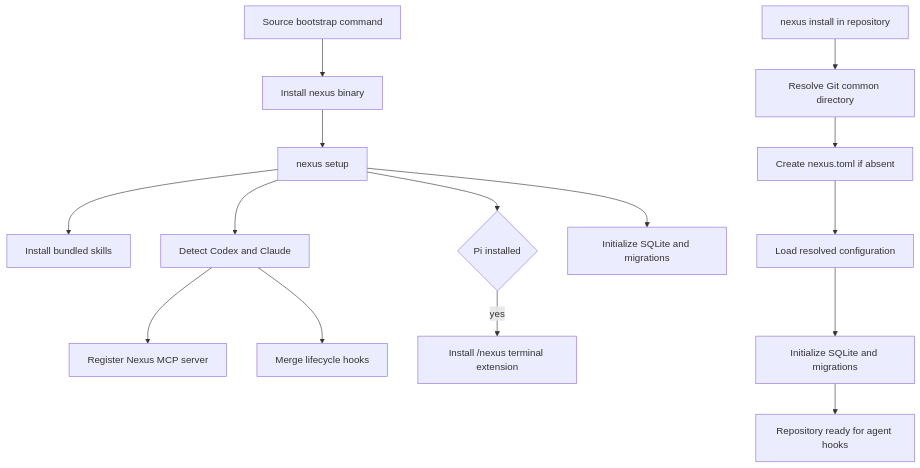
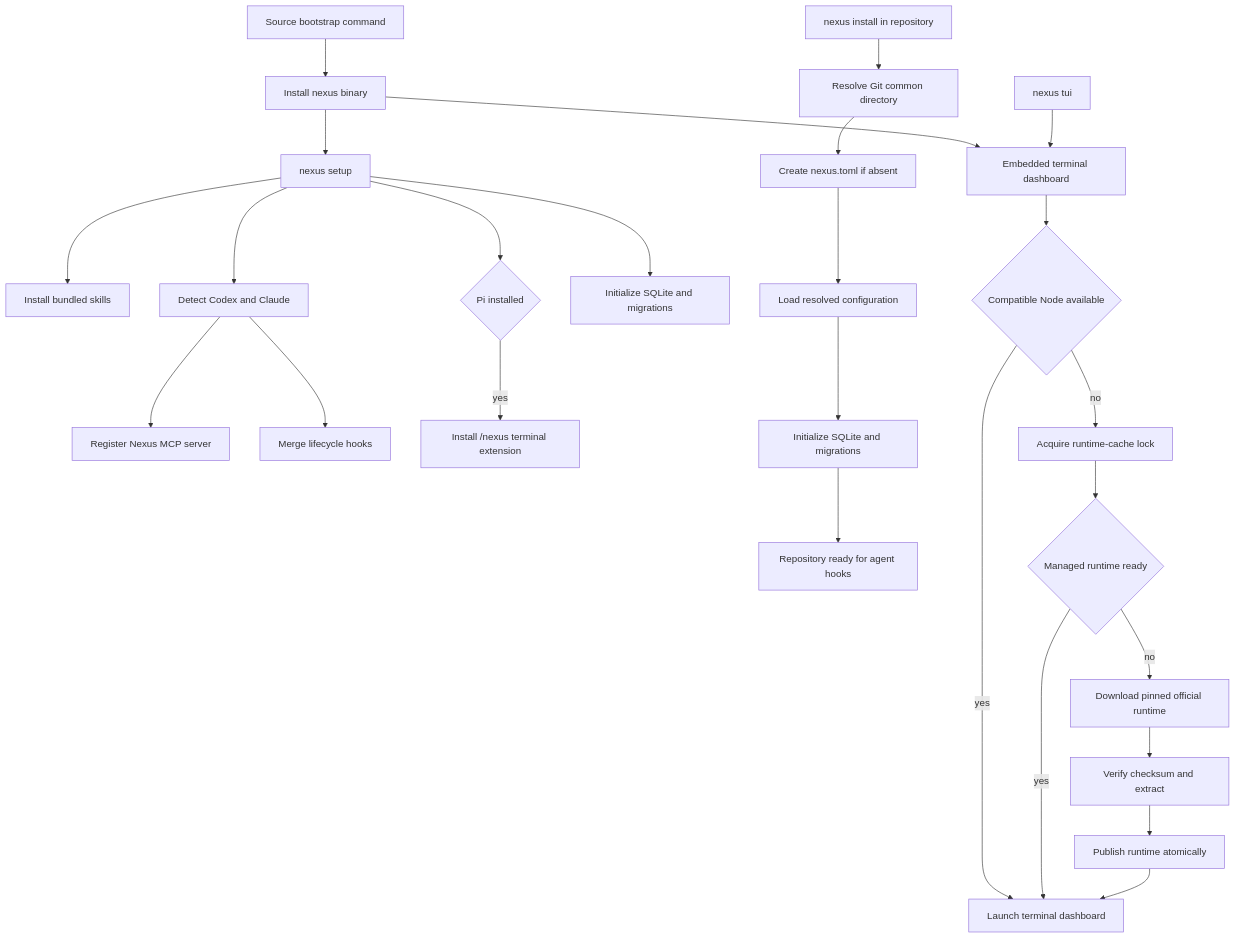
The diagram in docs/features/installation.md (warrenronsiek/nexus), drawn with Mermaid before and after one commit. The commit also changed other lines of this file and 30 other files, not shown here.

Commit message:
feat(runtime): open the bundled terminal dashboard with nexus tui

````diff
--- a/docs/features/installation.md
+++ b/docs/features/installation.md
@@ -17,17 +17,28 @@
 ```mermaid
 flowchart TD
     A[Source bootstrap command] --> B[Install nexus binary]
     B --> C[nexus setup]
     C --> D[Install bundled skills]
     C --> E[Detect Codex and Claude]
     E --> F[Register Nexus MCP server]
     E --> G[Merge lifecycle hooks]
     C --> O{Pi installed}
     O -->|yes| P[Install /nexus terminal extension]
     C --> H[Initialize SQLite and migrations]
     I[nexus install in repository] --> J[Resolve Git common directory]
     J --> K[Create nexus.toml if absent]
     K --> L[Load resolved configuration]
     L --> M[Initialize SQLite and migrations]
     M --> N[Repository ready for agent hooks]
+    B --> Q[Embedded terminal dashboard]
+    R[nexus tui] --> Q
+    Q --> S{Compatible Node available}
+    S -->|yes| T[Launch terminal dashboard]
+    S -->|no| U[Acquire runtime-cache lock]
+    U --> V{Managed runtime ready}
+    V -->|yes| T
+    V -->|no| W[Download pinned official runtime]
+    W --> X[Verify checksum and extract]
+    X --> Y[Publish runtime atomically]
+    Y --> T
 ```
````
